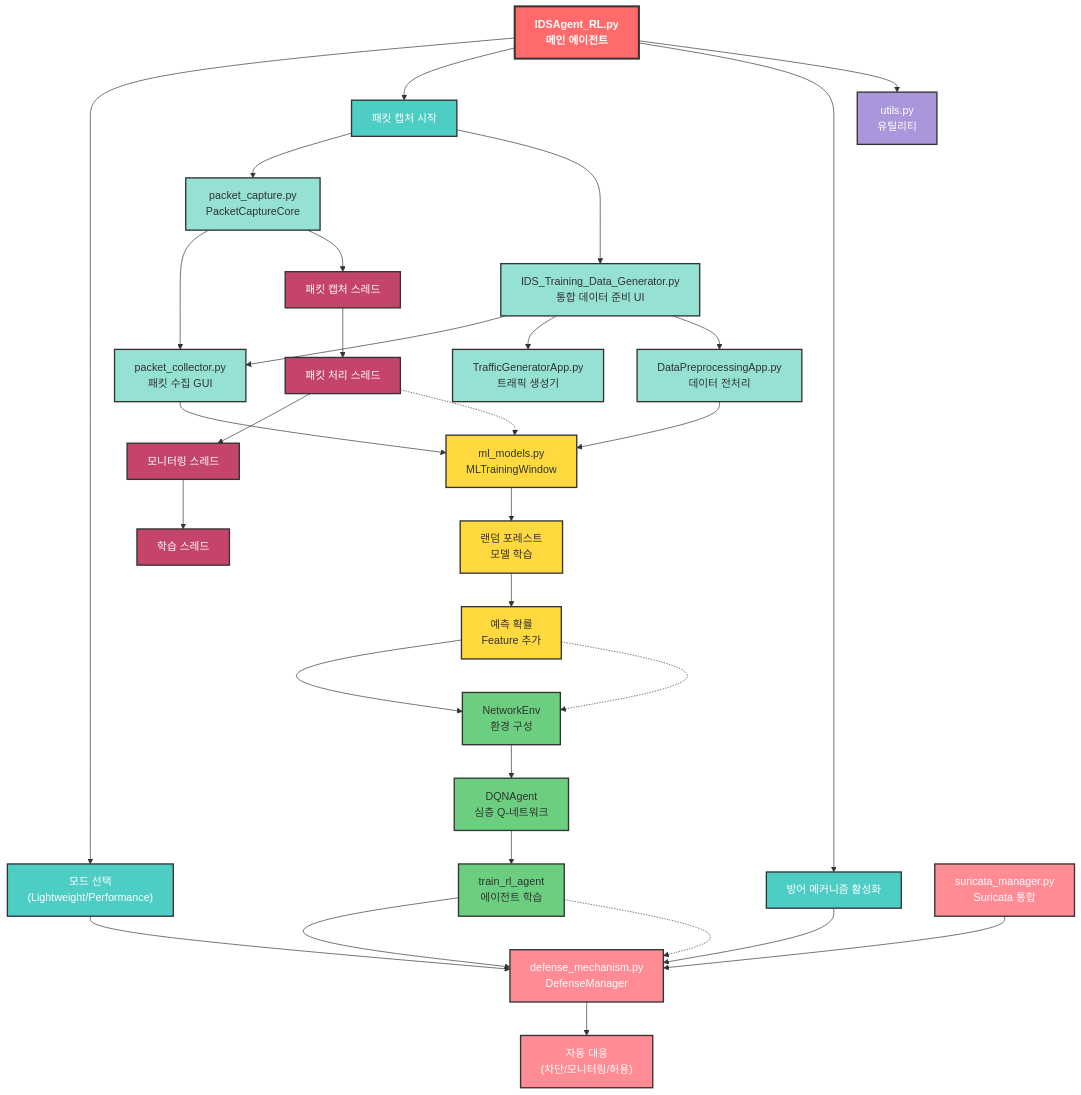
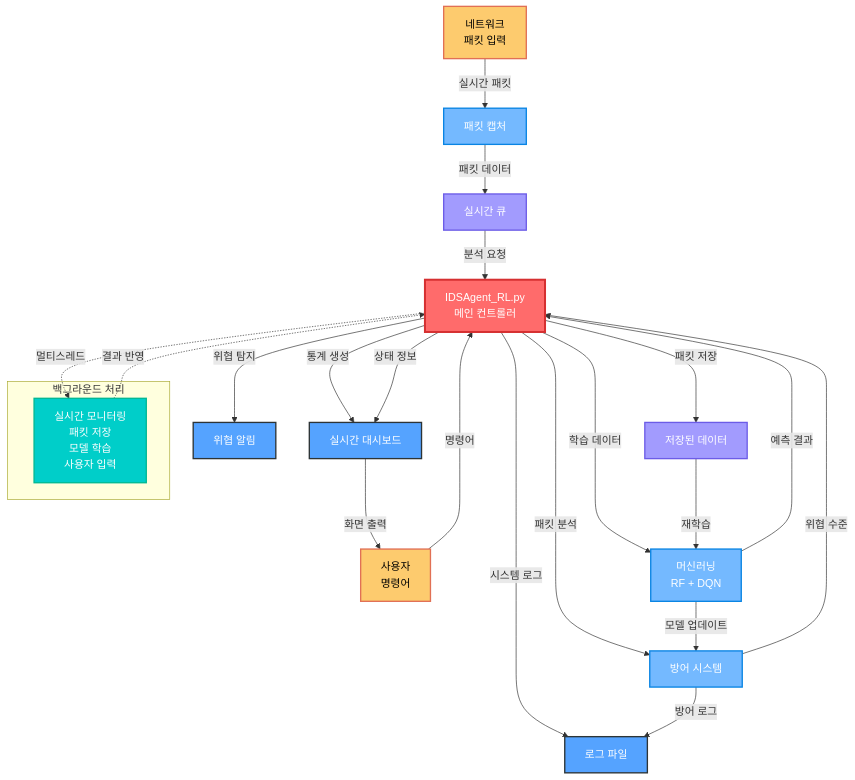
Before and after one commit to Es5724/Intrusion_DetectionSystem: the third of 3 diagrams in README.md, drawn with Mermaid. The commit also changed other lines of this file and 41 other files, not shown here.

````diff
--- a/README.md
+++ b/README.md
@@ -669,105 +505,76 @@
 ```mermaid
-flowchart TD
-    %% 메인 에이전트
-    main["IDSAgent_RL.py<br/>메인 에이전트"]
+graph TB
+    %% 입력
+    Network[네트워크<br/>패킷 입력]
+    User[사용자<br/>명령어]
     
-    %% 첫 번째 레벨 - 핵심 기능
-    mode["모드 선택<br/>(Lightweight/Performance)"]
-    capture["패킷 캡처 시작"]
-    defense_init["방어 메커니즘 활성화"]
-    utils["utils.py<br/>유틸리티"]
+    %% 메인 프로그램
+    MainAgent[IDSAgent_RL.py<br/>메인 컨트롤러]
     
-    %% 두 번째 레벨 - 데이터 수집
-    packet_capture["packet_capture.py<br/>PacketCaptureCore"]
-    data_prep["IDS_Training_Data_Generator.py<br/>통합 데이터 준비 UI"]
+    %% 핵심 처리 모듈
+    PacketCapture[패킷 캡처]
+    Defense[방어 시스템]
+    ML[머신러닝<br/>RF + DQN]
     
-    %% 세 번째 레벨 - GUI 컴포넌트
-    packet_collector["packet_collector.py<br/>패킷 수집 GUI"]
-    traffic_gen["TrafficGeneratorApp.py<br/>트래픽 생성기"]
-    preprocess_app["DataPreprocessingApp.py<br/>데이터 전처리"]
+    %% 데이터 저장
+    Queue[실시간 큐]
+    DataFiles[저장된 데이터]
     
-    %% 네 번째 레벨 - 머신러닝
-    ml_models["ml_models.py<br/>MLTrainingWindow"]
-    rf_model["랜덤 포레스트<br/>모델 학습"]
-    rf_predict["예측 확률<br/>Feature 추가"]
+    %% 출력
+    Dashboard[실시간 대시보드]
+    Alerts[위협 알림]
+    Logs[로그 파일]
     
-    %% 다섯 번째 레벨 - 강화학습
-    rl_env["NetworkEnv<br/>환경 구성"]
-    dqn_agent["DQNAgent<br/>심층 Q-네트워크"]
-    rl_train["train_rl_agent<br/>에이전트 학습"]
+    %% 주요 데이터 흐름
+    Network -->|실시간 패킷| PacketCapture
+    PacketCapture -->|패킷 데이터| Queue
+    Queue -->|분석 요청| MainAgent
     
-    %% 여섯 번째 레벨 - 방어 메커니즘
-    defense_mech["defense_mechanism.py<br/>DefenseManager"]
-    suricata["suricata_manager.py<br/>Suricata 통합"]
-    actions["자동 대응<br/>(차단/모니터링/허용)"]
+    %% 메인 에이전트의 역할
+    MainAgent -->|패킷 분석| Defense
+    MainAgent -->|학습 데이터| ML
+    MainAgent -->|통계 생성| Dashboard
     
-    %% 일곱 번째 레벨 - 실시간 처리
-    capture_thread["패킷 캡처 스레드"]
-    process_thread["패킷 처리 스레드"]
-    monitor_thread["모니터링 스레드"]
-    train_thread["학습 스레드"]
+    %% 분석 결과 흐름
+    Defense -->|위협 수준| MainAgent
+    ML -->|예측 결과| MainAgent
+    MainAgent -->|위협 탐지| Alerts
     
-    %% 메인 연결 (수직 구조)
-    main --> mode
-    main --> capture
-    main --> defense_init
-    main --> utils
+    %% 데이터 저장 및 학습
+    MainAgent -->|패킷 저장| DataFiles
+    DataFiles -->|재학습| ML
+    ML -->|모델 업데이트| Defense
     
-    %% 데이터 수집 연결
-    capture --> packet_capture
-    capture --> data_prep
+    %% 사용자 상호작용
+    User -->|명령어| MainAgent
+    MainAgent -->|상태 정보| Dashboard
+    Dashboard -->|화면 출력| User
     
-    %% GUI 컴포넌트 연결
-    data_prep --> packet_collector
-    data_prep --> traffic_gen
-    data_prep --> preprocess_app
-    packet_capture --> packet_collector
+    %% 로그 시스템
+    MainAgent -->|시스템 로그| Logs
+    Defense -->|방어 로그| Logs
     
-    %% 머신러닝 연결
-    packet_collector --> ml_models
-    preprocess_app --> ml_models
-    ml_models --> rf_model
-    rf_model --> rf_predict
+    %% 백그라운드 처리
+    subgraph "백그라운드 처리"
+        BG[실시간 모니터링<br/>패킷 저장<br/>모델 학습<br/>사용자 입력]
+    end
     
-    %% 강화학습 연결
-    rf_predict --> rl_env
-    rl_env --> dqn_agent
-    dqn_agent --> rl_train
-    
-    %% 방어 메커니즘 연결
-    mode --> defense_mech
-    defense_init --> defense_mech
-    rl_train --> defense_mech
-    suricata --> defense_mech
-    defense_mech --> actions
-    
-    %% 실시간 처리 연결
-    packet_capture --> capture_thread
-    capture_thread --> process_thread
-    process_thread --> monitor_thread
-    monitor_thread --> train_thread
-    
-    %% 데이터 플로우 (점선)
-    process_thread -.-> ml_models
-    rf_predict -.-> rl_env
-    rl_train -.-> defense_mech
+    MainAgent -.->|멀티스레드| BG
+    BG -.->|결과 반영| MainAgent
     
     %% 스타일 정의
-    classDef mainNode fill:#ff6b6b,stroke:#333,stroke-width:3px,color:white,font-weight:bold;
-    classDef coreNode fill:#4ecdc4,stroke:#333,stroke-width:2px,color:white;
-    classDef dataNode fill:#95e1d3,stroke:#333,stroke-width:2px,color:#333;
-    classDef mlNode fill:#ffd93d,stroke:#333,stroke-width:2px,color:#333;
-    classDef rlNode fill:#6bcf7f,stroke:#333,stroke-width:2px,color:#333;
-    classDef defenseNode fill:#ff8b94,stroke:#333,stroke-width:2px,color:white;
-    classDef threadNode fill:#c44569,stroke:#333,stroke-width:2px,color:white;
-    classDef utilNode fill:#aa96da,stroke:#333,stroke-width:2px,color:white;
+    classDef main fill:#ff6b6b,stroke:#d63031,stroke-width:3px,color:#fff
+    classDef process fill:#74b9ff,stroke:#0984e3,stroke-width:2px,color:#fff
+    classDef data fill:#a29bfe,stroke:#6c5ce7,stroke-width:2px,color:#fff
+    classDef output fill:#55a3ff,stroke:#2d3436,stroke-width:2px,color:#fff
+    classDef input fill:#fdcb6e,stroke:#e17055,stroke-width:2px,color:#000
+    classDef background fill:#00cec9,stroke:#00b894,stroke-width:2px,color:#fff
     
-    class main mainNode;
-    class mode,capture,defense_init coreNode;
-    class packet_capture,data_prep,packet_collector,traffic_gen,preprocess_app dataNode;
-    class ml_models,rf_model,rf_predict mlNode;
-    class rl_env,dqn_agent,rl_train rlNode;
-    class defense_mech,suricata,actions defenseNode;
-    class capture_thread,process_thread,monitor_thread,train_thread threadNode;
-    class utils utilNode;
+    %% 클래스 적용
+    class MainAgent main
+    class PacketCapture,Defense,ML process
+    class Queue,DataFiles data
+    class Dashboard,Alerts,Logs output
+    class Network,User input
+    class BG background
 ```
````
